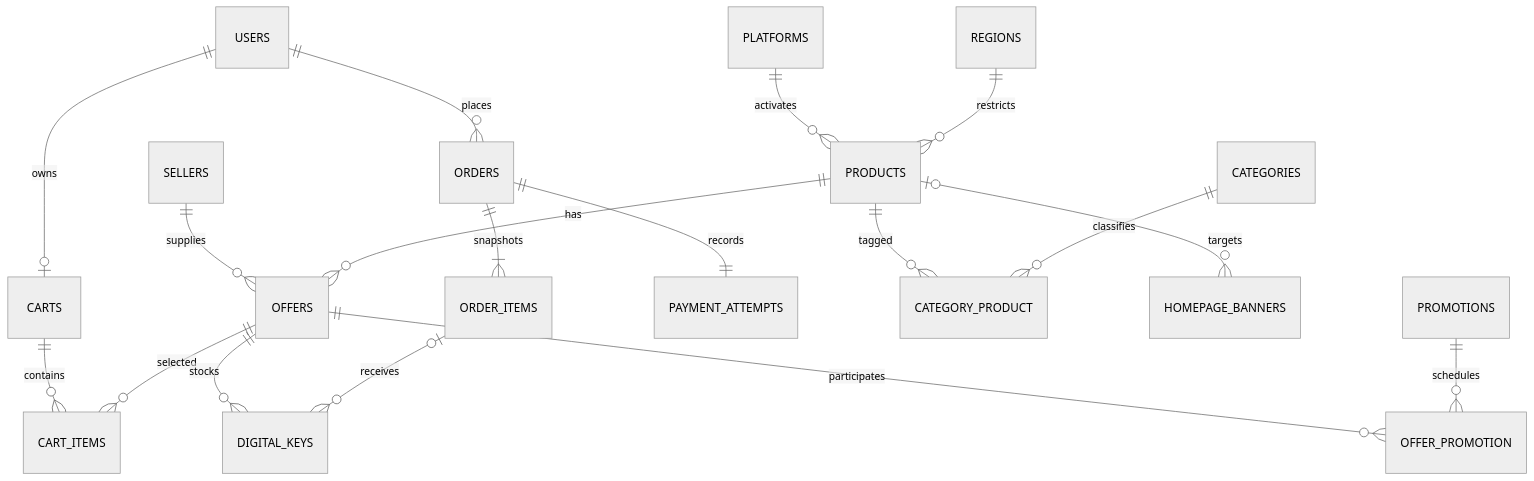
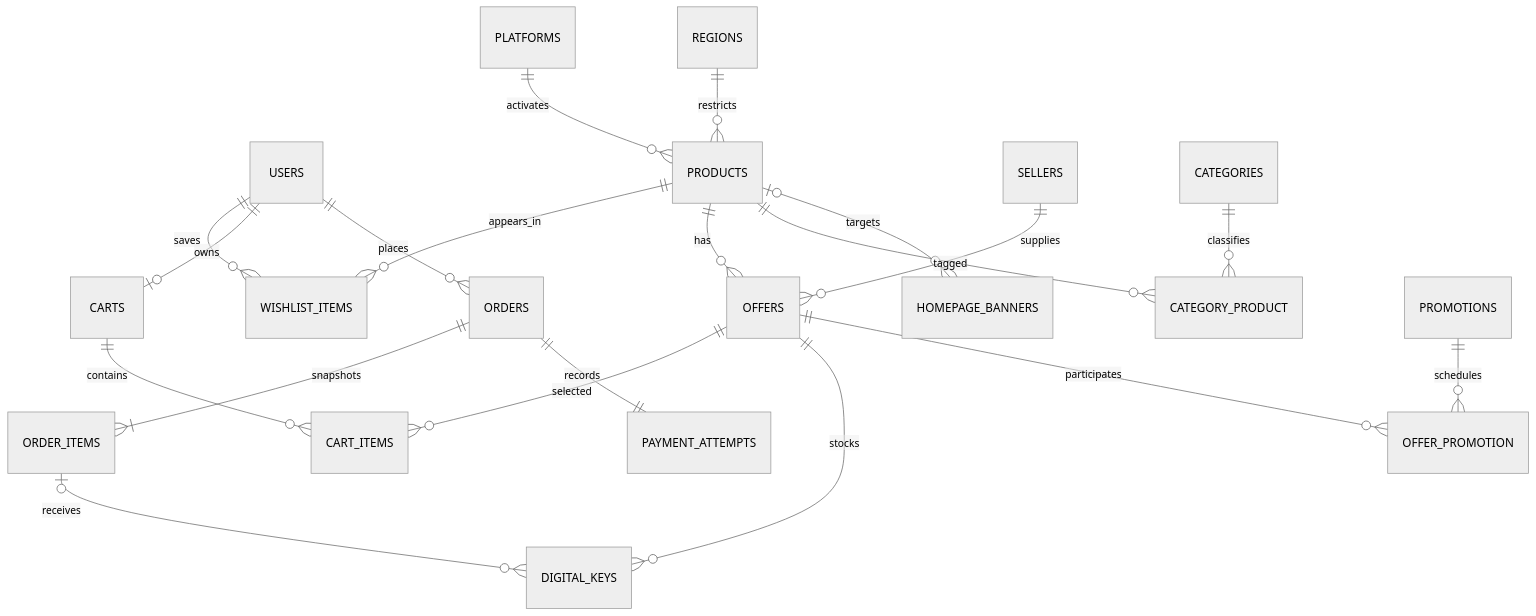
Before and after one commit to Farid1324/Project_clone: the diagram in docs/database-schema.md, drawn with Mermaid (neutral theme). The commit also changed other lines of this file and 142 other files, not shown here.

````diff
--- a/docs/database-schema.md
+++ b/docs/database-schema.md
@@ -7,20 +7,22 @@
 ```mermaid
 erDiagram
+    USERS ||--o{ WISHLIST_ITEMS : saves
+    PRODUCTS ||--o{ WISHLIST_ITEMS : appears_in
     USERS ||--o| CARTS : owns
     CARTS ||--o{ CART_ITEMS : contains
     OFFERS ||--o{ CART_ITEMS : selected
     USERS ||--o{ ORDERS : places
     ORDERS ||--|{ ORDER_ITEMS : snapshots
     ORDERS ||--|| PAYMENT_ATTEMPTS : records
     SELLERS ||--o{ OFFERS : supplies
     PRODUCTS ||--o{ OFFERS : has
     PLATFORMS ||--o{ PRODUCTS : activates
     REGIONS ||--o{ PRODUCTS : restricts
     PRODUCTS ||--o{ CATEGORY_PRODUCT : tagged
     CATEGORIES ||--o{ CATEGORY_PRODUCT : classifies
     OFFERS ||--o{ DIGITAL_KEYS : stocks
     ORDER_ITEMS o|--o{ DIGITAL_KEYS : receives
     PRODUCTS o|--o{ HOMEPAGE_BANNERS : targets
     OFFERS ||--o{ OFFER_PROMOTION : participates
     PROMOTIONS ||--o{ OFFER_PROMOTION : schedules
 ```
````
